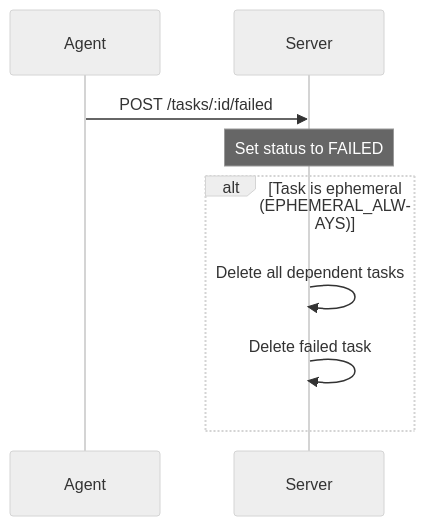
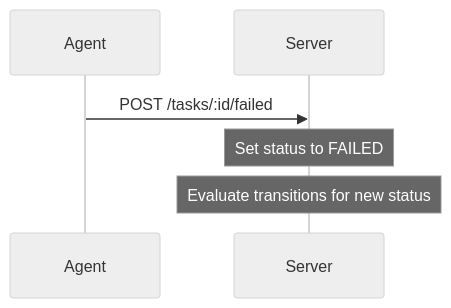
The second of 4 diagrams in README.md (jorisvddonk/sheetbot), drawn with Mermaid (neutral theme) before and after one commit. The commit also changed other lines of this file and 12 other files, not shown here.

````diff
--- a/README.md
+++ b/README.md
@@ -67,12 +64,9 @@
 ```mermaid
 sequenceDiagram
     participant Agent
     participant Server
 
     Agent->>Server: POST /tasks/:id/failed
     Note over Server: Set status to FAILED
-    alt Task is ephemeral (EPHEMERAL_ALWAYS)
-        Server->>Server: Delete all dependent tasks
-        Server->>Server: Delete failed task
-    end
+    Note over Server: Evaluate transitions for new status
 ```
````
